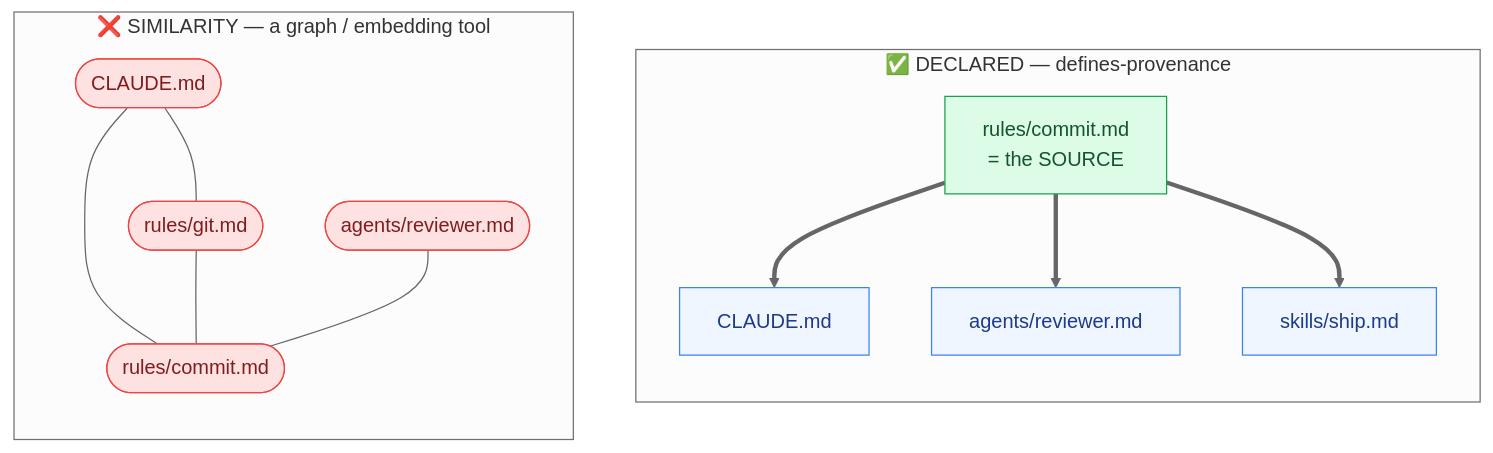
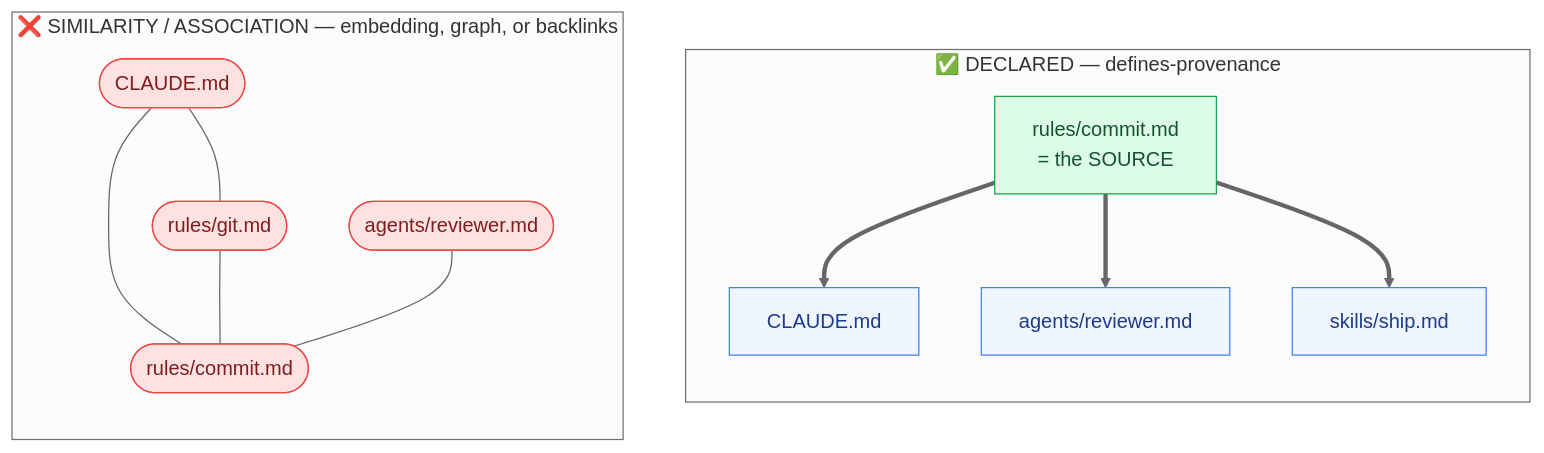
One commit to lijingwu2026/defines-provenance changed the first of 2 diagrams in README.md. Above: the diagram before and after it, drawn with Mermaid (neutral theme). The commit also changed other lines of this file and 6 other files, not shown here.

````diff
--- a/README.md
+++ b/README.md
@@ -20,24 +32,24 @@
 ```mermaid
 flowchart LR
-    subgraph sim["❌ SIMILARITY — a graph / embedding tool"]
+    subgraph sim["❌ SIMILARITY / ASSOCIATION — embedding, graph, or backlinks"]
         direction TB
         b(["rules/commit.md"]):::s
         a(["CLAUDE.md"]):::s
         c(["rules/git.md"]):::s
         d(["agents/reviewer.md"]):::s
         a --- b
         c --- b
         d --- b
         a --- c
     end
     subgraph dep["✅ DECLARED — defines-provenance"]
         direction TB
         S["rules/commit.md<br/>= the SOURCE"]:::src ==> x["CLAUDE.md"]:::d
         S ==> y["agents/reviewer.md"]:::d
         S ==> z["skills/ship.md"]:::d
     end
     sim ~~~ dep
     classDef s fill:#fee2e2,stroke:#ef4444,color:#7f1d1d
     classDef d fill:#eff6ff,stroke:#3b82f6,color:#1e3a8a
     classDef src fill:#dcfce7,stroke:#16a34a,color:#14532d
 ```
````
